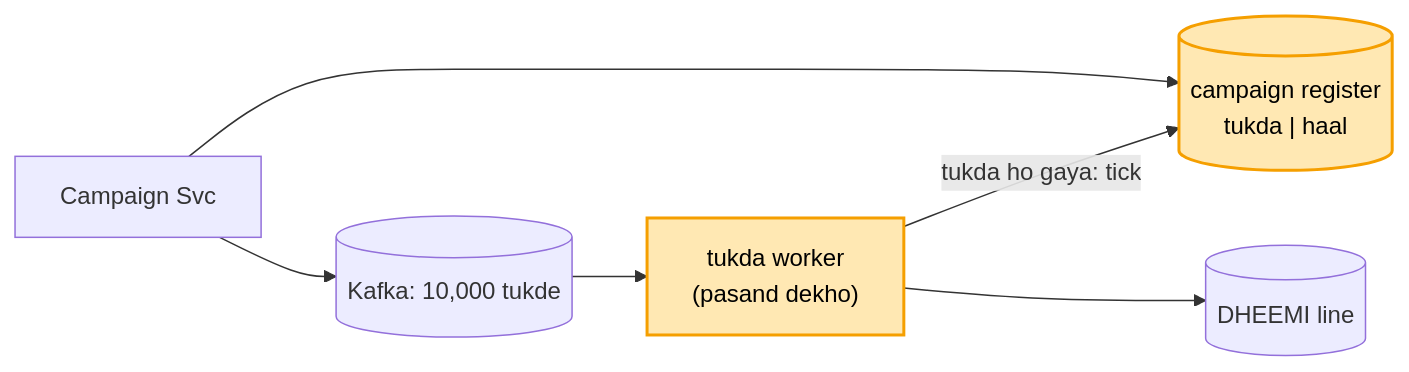
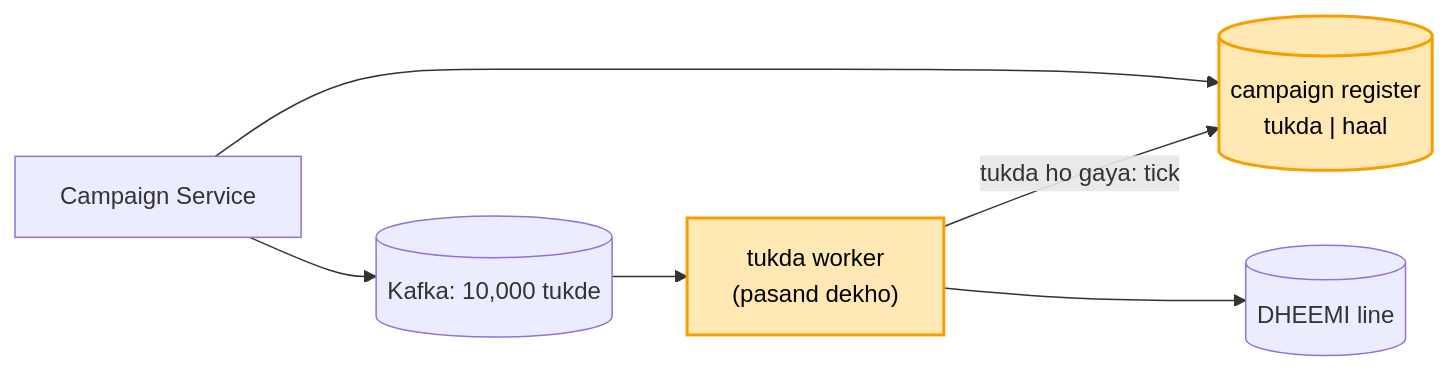
The tenth of 11 diagrams in 04_HLD/SYSTEM_DESIGNS/04_notification_system/04_notification_system.md (ArpanMaheshwari144/Prep), drawn with Mermaid before and after one commit. The commit also changed other lines of this file and 8 other files, not shown here.

````diff
--- a/04_HLD/SYSTEM_DESIGNS/04_notification_system/04_notification_system.md
+++ b/04_HLD/SYSTEM_DESIGNS/04_notification_system/04_notification_system.md
@@ -376,10 +376,10 @@
 ```mermaid
 flowchart LR
-    CS["Campaign Svc"] --> DB[("campaign register<br/>tukda | haal")]
+    CS["Campaign Service"] --> DB[("campaign register<br/>tukda | haal")]
     CS --> K[("Kafka: 10,000 tukde")]
     K --> TW["tukda worker<br/>(pasand dekho)"]
     TW --> D[("DHEEMI line")]
     TW -- "tukda ho gaya: tick" --> DB
     style DB fill:#ffe8b3,stroke:#f59f00,stroke-width:2px,color:#000
     style TW fill:#ffe8b3,stroke:#f59f00,stroke-width:2px,color:#000
 ```
````
